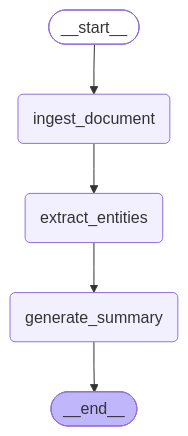
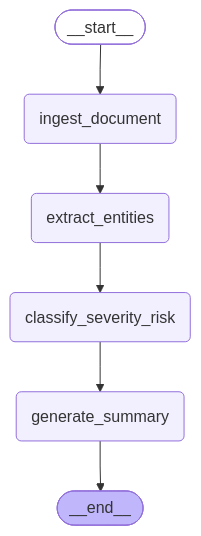
One commit to POSHANMS/complaint-copilot-ai changed the diagram in backend/agent_graph_diagram.md. Above: the diagram before and after it, drawn with Mermaid. The commit also changed other lines of this file and 11 other files, not shown here.

Commit message:
feat(agent): add classify_severity_risk node + risk UI card

````diff
--- a/backend/agent_graph_diagram.md
+++ b/backend/agent_graph_diagram.md
@@ -7,21 +7,23 @@
 ```mermaid
 ---
 config:
   flowchart:
     curve: linear
 ---
 graph TD;
 	__start__([<p>__start__</p>]):::first
 	ingest_document(ingest_document)
 	extract_entities(extract_entities)
+	classify_severity_risk(classify_severity_risk)
 	generate_summary(generate_summary)
 	__end__([<p>__end__</p>]):::last
 	__start__ --> ingest_document;
-	extract_entities --> generate_summary;
+	classify_severity_risk --> generate_summary;
+	extract_entities --> classify_severity_risk;
 	ingest_document --> extract_entities;
 	generate_summary --> __end__;
 	classDef default fill:#f2f0ff,line-height:1.2
 	classDef first fill-opacity:0
 	classDef last fill:#bfb6fc
 
 ```
````
